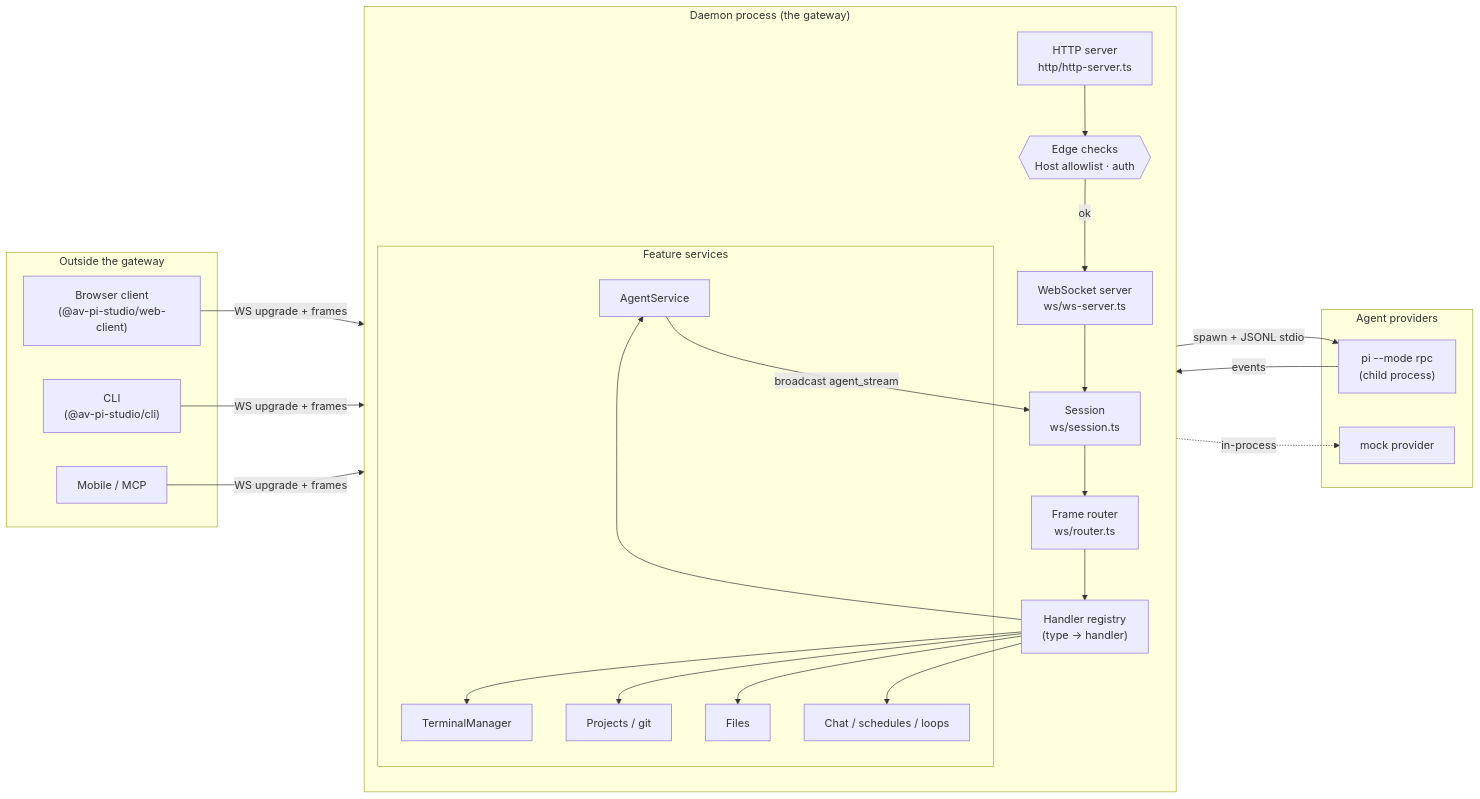
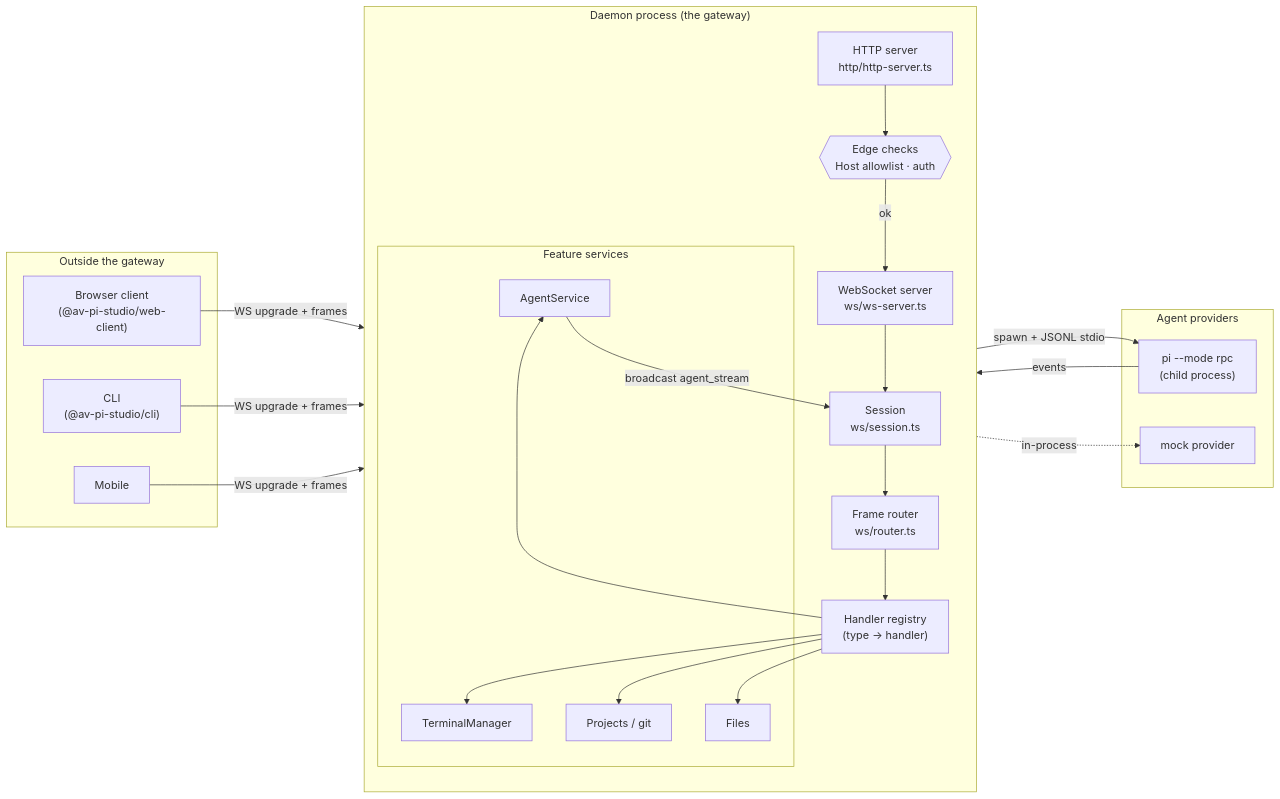
Before and after one commit to avatsaev/pi-studio: the first of 9 diagrams in packages/server/docs/gateway-architecture.md, drawn with Mermaid. The commit also changed other lines of this file and 55 other files, not shown here.

First line of the commit message:
refactor: drop chat rooms, loops, schedules and the unreachable MCP server

````diff
--- a/packages/server/docs/gateway-architecture.md
+++ b/packages/server/docs/gateway-architecture.md
@@ -19,43 +19,42 @@
 ```mermaid
 flowchart LR
   subgraph Outside["Outside the gateway"]
     Browser["Browser client<br/>(@av-pi-studio/web-client)"]
     CLI["CLI<br/>(@av-pi-studio/cli)"]
-    Mobile["Mobile / MCP"]
+    Mobile["Mobile"]
   end
 
   subgraph Daemon["Daemon process (the gateway)"]
     direction TB
     HTTP["HTTP server<br/>http/http-server.ts"]
     WS["WebSocket server<br/>ws/ws-server.ts"]
     Sec{{"Edge checks<br/>Host allowlist · auth"}}
     Sess["Session<br/>ws/session.ts"]
     Router["Frame router<br/>ws/router.ts"]
     Registry["Handler registry<br/>(type → handler)"]
 
     subgraph Services["Feature services"]
       Agent["AgentService"]
       Term["TerminalManager"]
       Proj["Projects / git"]
       Files["Files"]
-      Orch["Chat / schedules / loops"]
     end
   end
 
   subgraph Providers["Agent providers"]
     Pi["pi --mode rpc<br/>(child process)"]
     Mock["mock provider"]
   end
 
   Browser & CLI & Mobile -- "WS upgrade + frames" --> HTTP
   HTTP --> Sec
   Sec -- "ok" --> WS
   WS --> Sess
   Sess --> Router
   Router --> Registry
-  Registry --> Agent & Term & Proj & Files & Orch
+  Registry --> Agent & Term & Proj & Files
   Agent -- "spawn + JSONL stdio" --> Pi
   Agent -. "in-process" .-> Mock
   Pi -- "events" --> Agent
   Agent -- "broadcast agent_stream" --> Sess
 ```
````
